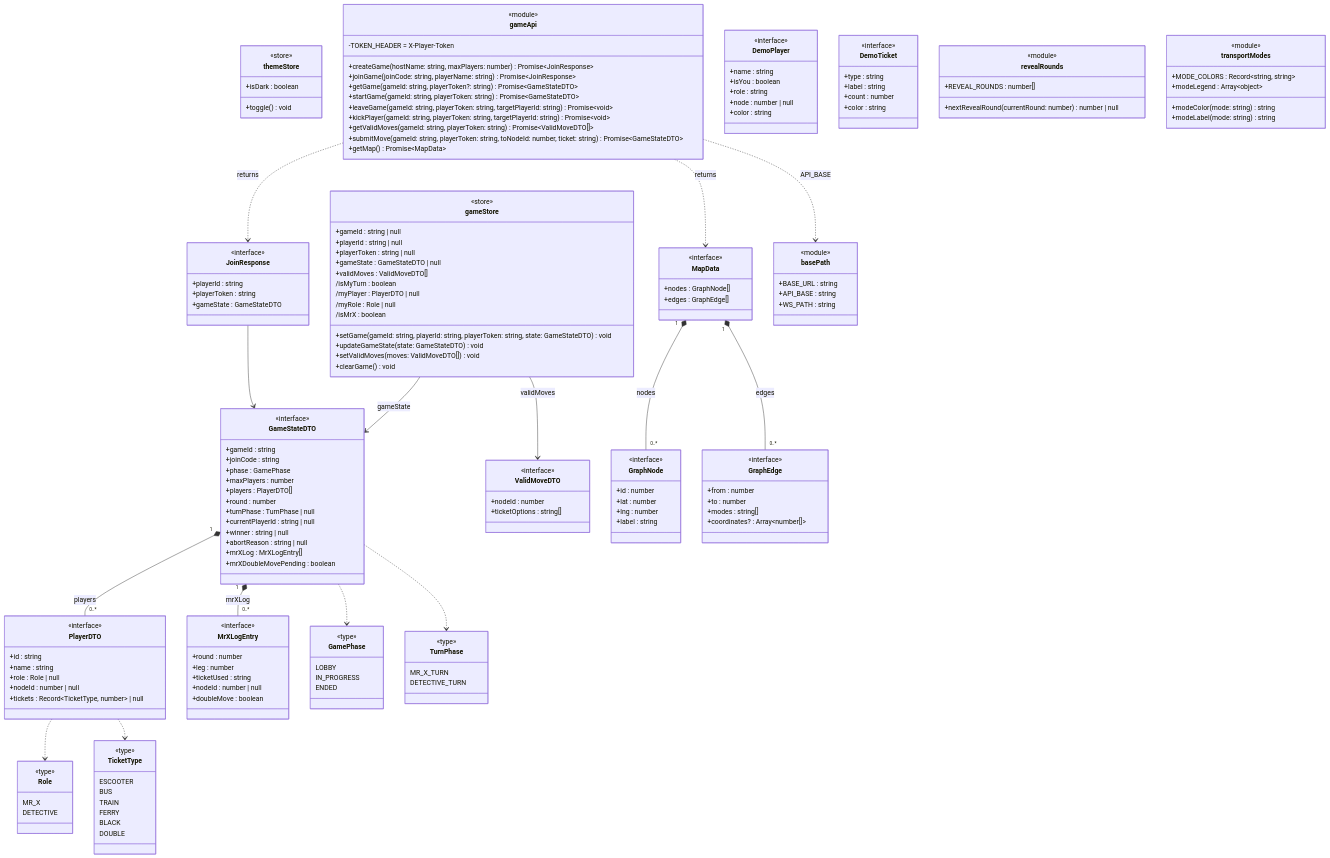
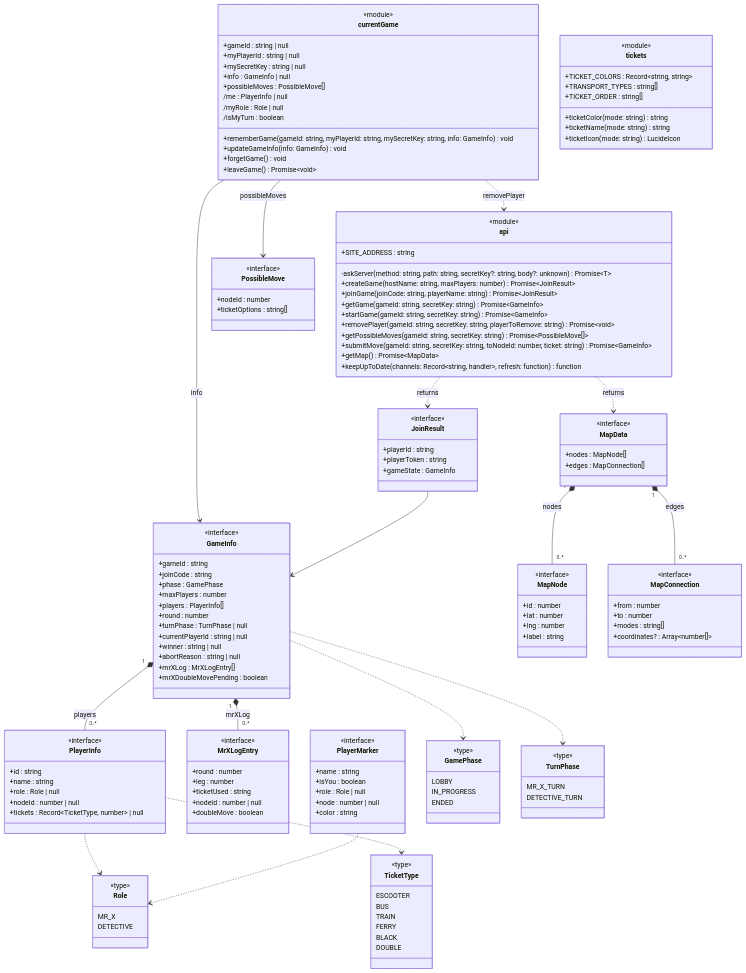
One commit to Ming-Bao/HuntingMrX changed the second of 3 diagrams in documentation/plans/frontend-graph.md. Above: the diagram before and after it, drawn with Mermaid. The commit also changed other lines of this file and 58 other files, not shown here.

````diff
--- a/documentation/plans/frontend-graph.md
+++ b/documentation/plans/frontend-graph.md
@@ -58,53 +58,57 @@
 classDiagram
     direction TB
 
-    class gameStore {
-        <<store>>
+    class currentGame {
+        <<module>>
         +gameId : string | null
-        +playerId : string | null
-        +playerToken : string | null
-        +gameState : GameStateDTO | null
-        +validMoves : ValidMoveDTO[]
+        +myPlayerId : string | null
+        +mySecretKey : string | null
+        +info : GameInfo | null
+        +possibleMoves : PossibleMove[]
+        /me : PlayerInfo | null
+        /myRole : Role | null
         /isMyTurn : boolean
-        /myPlayer : PlayerDTO | null
-        /myRole : Role | null
-        /isMrX : boolean
-        +setGame(gameId: string, playerId: string, playerToken: string, state: GameStateDTO) void
-        +updateGameState(state: GameStateDTO) void
-        +setValidMoves(moves: ValidMoveDTO[]) void
-        +clearGame() void
+        +rememberGame(gameId: string, myPlayerId: string, mySecretKey: string, info: GameInfo) void
+        +updateGameInfo(info: GameInfo) void
+        +forgetGame() void
+        +leaveGame() Promise~void~
     }
-    class themeStore {
-        <<store>>
-        +isDark : boolean
-        +toggle() void
+    class api {
+        <<module>>
+        +SITE_ADDRESS : string
+        -askServer(method: string, path: string, secretKey?: string, body?: unknown) Promise~T~
+        +createGame(hostName: string, maxPlayers: number) Promise~JoinResult~
+        +joinGame(joinCode: string, playerName: string) Promise~JoinResult~
+        +getGame(gameId: string, secretKey: string) Promise~GameInfo~
+        +startGame(gameId: string, secretKey: string) Promise~GameInfo~
+        +removePlayer(gameId: string, secretKey: string, playerToRemove: string) Promise~void~
+        +getPossibleMoves(gameId: string, secretKey: string) Promise~PossibleMove[]~
+        +submitMove(gameId: string, secretKey: string, toNodeId: number, ticket: string) Promise~GameInfo~
+        +getMap() Promise~MapData~
+        +keepUpToDate(channels: Record~string, handler~, refresh: function) function
     }
-    class gameApi {
+    class tickets {
         <<module>>
-        -TOKEN_HEADER = X-Player-Token
-        +createGame(hostName: string, maxPlayers: number) Promise~JoinResponse~
-        +joinGame(joinCode: string, playerName: string) Promise~JoinResponse~
-        +getGame(gameId: string, playerToken?: string) Promise~GameStateDTO~
-        +startGame(gameId: string, playerToken: string) Promise~GameStateDTO~
-        +leaveGame(gameId: string, playerToken: string, targetPlayerId: string) Promise~void~
-        +kickPlayer(gameId: string, playerToken: string, targetPlayerId: string) Promise~void~
-        +getValidMoves(gameId: string, playerToken: string) Promise~ValidMoveDTO[]~
-        +submitMove(gameId: string, playerToken: string, toNodeId: number, ticket: string) Promise~GameStateDTO~
-        +getMap() Promise~MapData~
+        +TICKET_COLORS : Record~string, string~
+        +TRANSPORT_TYPES : string[]
+        +TICKET_ORDER : string[]
+        +ticketColor(mode: string) string
+        +ticketName(mode: string) string
+        +ticketIcon(mode: string) LucideIcon
     }
-    class JoinResponse {
+    class JoinResult {
         <<interface>>
         +playerId : string
         +playerToken : string
-        +gameState : GameStateDTO
+        +gameState : GameInfo
     }
-    class GameStateDTO {
+    class GameInfo {
         <<interface>>
         +gameId : string
         +joinCode : string
         +phase : GamePhase
         +maxPlayers : number
-        +players : PlayerDTO[]
+        +players : PlayerInfo[]
         +round : number
         +turnPhase : TurnPhase | null
         +currentPlayerId : string | null
@@ -113,7 +117,7 @@
         +mrXLog : MrXLogEntry[]
         +mrXDoubleMovePending : boolean
     }
-    class PlayerDTO {
+    class PlayerInfo {
         <<interface>>
         +id : string
         +name : string
@@ -129,43 +133,36 @@
         +nodeId : number | null
         +doubleMove : boolean
     }
-    class ValidMoveDTO {
+    class PossibleMove {
         <<interface>>
         +nodeId : number
         +ticketOptions : string[]
     }
     class MapData {
         <<interface>>
-        +nodes : GraphNode[]
-        +edges : GraphEdge[]
+        +nodes : MapNode[]
+        +edges : MapConnection[]
     }
-    class GraphNode {
+    class MapNode {
         <<interface>>
         +id : number
         +lat : number
         +lng : number
         +label : string
     }
-    class GraphEdge {
+    class MapConnection {
         <<interface>>
         +from : number
         +to : number
         +modes : string[]
         +coordinates? : Array~number[]~
     }
-    class DemoPlayer {
+    class PlayerMarker {
         <<interface>>
         +name : string
         +isYou : boolean
-        +role : string
+        +role : Role | null
         +node : number | null
-        +color : string
-    }
-    class DemoTicket {
-        <<interface>>
-        +type : string
-        +label : string
-        +count : number
         +color : string
     }
     class TicketType {
@@ -193,37 +190,20 @@
         MR_X_TURN
         DETECTIVE_TURN
     }
-    class basePath {
-        <<module>>
-        +BASE_URL : string
-        +API_BASE : string
-        +WS_PATH : string
-    }
-    class revealRounds {
-        <<module>>
-        +REVEAL_ROUNDS : number[]
-        +nextRevealRound(currentRound: number) number | null
-    }
-    class transportModes {
-        <<module>>
-        +MODE_COLORS : Record~string, string~
-        +modeLegend : Array~object~
-        +modeColor(mode: string) string
-        +modeLabel(mode: string) string
-    }
 
-    gameStore --> GameStateDTO : gameState
-    gameStore --> ValidMoveDTO : validMoves
-    gameApi ..> JoinResponse : returns
-    gameApi ..> MapData : returns
-    gameApi ..> basePath : API_BASE
-    JoinResponse --> GameStateDTO
-    GameStateDTO "1" *-- "0..*" PlayerDTO : players
-    GameStateDTO "1" *-- "0..*" MrXLogEntry : mrXLog
-    GameStateDTO ..> GamePhase
-    GameStateDTO ..> TurnPhase
-    PlayerDTO ..> Role
-    PlayerDTO ..> TicketType
-    MapData "1" *-- "0..*" GraphNode : nodes
-    MapData "1" *-- "0..*" GraphEdge : edges
+    currentGame --> GameInfo : info
+    currentGame --> PossibleMove : possibleMoves
+    currentGame ..> api : removePlayer
+    api ..> JoinResult : returns
+    api ..> MapData : returns
+    JoinResult --> GameInfo
+    GameInfo "1" *-- "0..*" PlayerInfo : players
+    GameInfo "1" *-- "0..*" MrXLogEntry : mrXLog
+    GameInfo ..> GamePhase
+    GameInfo ..> TurnPhase
+    PlayerInfo ..> Role
+    PlayerInfo ..> TicketType
+    PlayerMarker ..> Role
+    MapData "1" *-- "0..*" MapNode : nodes
+    MapData "1" *-- "0..*" MapConnection : edges
 ```
````
